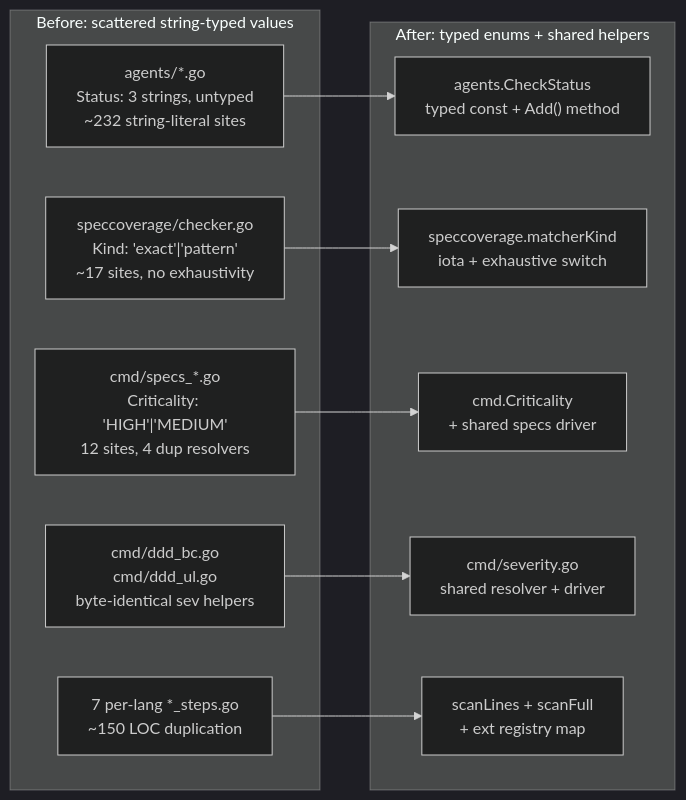
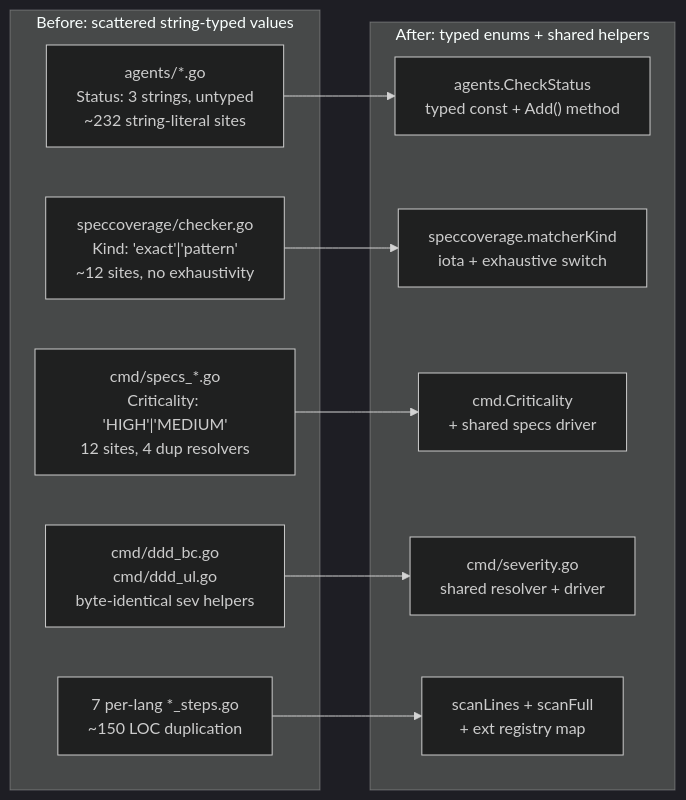
The diagram in plans/in-progress/rhino-cli-dry-and-enums-refactor/README.md (wahidyankf/open-sharia-enterprise), drawn with Mermaid (dark theme) before and after one commit. The commit also changed 3 other files, not shown here.

````diff
--- a/plans/in-progress/rhino-cli-dry-and-enums-refactor/README.md
+++ b/plans/in-progress/rhino-cli-dry-and-enums-refactor/README.md
@@ -85,24 +85,24 @@
 ```mermaid
 flowchart LR
     subgraph Before["Before: scattered string-typed values"]
         A1["agents/*.go<br/>Status: 3 strings, untyped<br/>~232 string-literal sites"]
-        A2["speccoverage/checker.go<br/>Kind: 'exact'|'pattern'<br/>~17 sites, no exhaustivity"]
+        A2["speccoverage/checker.go<br/>Kind: 'exact'|'pattern'<br/>~12 sites, no exhaustivity"]
         A3["cmd/specs_*.go<br/>Criticality: 'HIGH'|'MEDIUM'<br/>12 sites, 4 dup resolvers"]
         A4["cmd/ddd_bc.go<br/>cmd/ddd_ul.go<br/>byte-identical sev helpers"]
         A5["7 per-lang *_steps.go<br/>~150 LOC duplication"]
     end
 
     subgraph After["After: typed enums + shared helpers"]
         B1["agents.CheckStatus<br/>typed const + Add() method"]
         B2["speccoverage.matcherKind<br/>iota + exhaustive switch"]
         B3["cmd.Criticality<br/>+ shared specs driver"]
         B4["cmd/severity.go<br/>shared resolver + driver"]
         B5["scanLines + scanFull<br/>+ ext registry map"]
     end
 
     A1 --> B1
     A2 --> B2
     A3 --> B3
     A4 --> B4
     A5 --> B5
 ```
````
